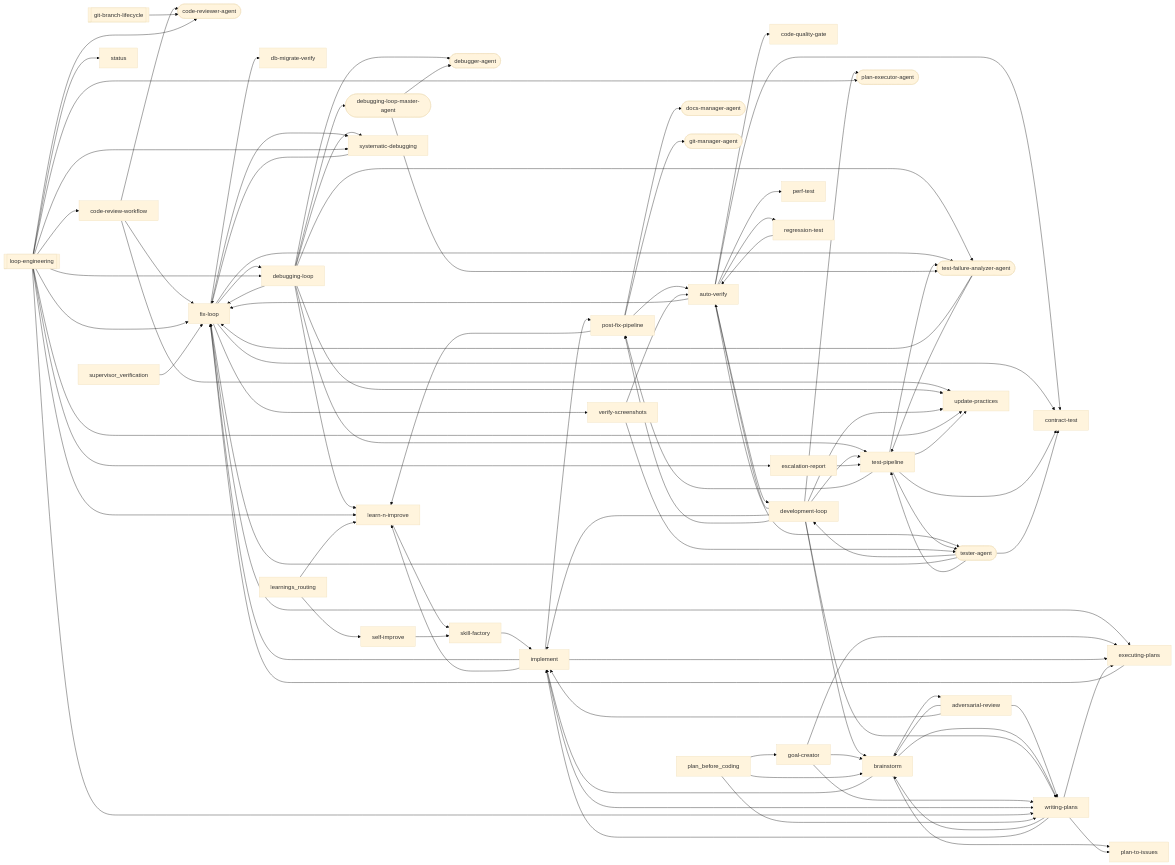
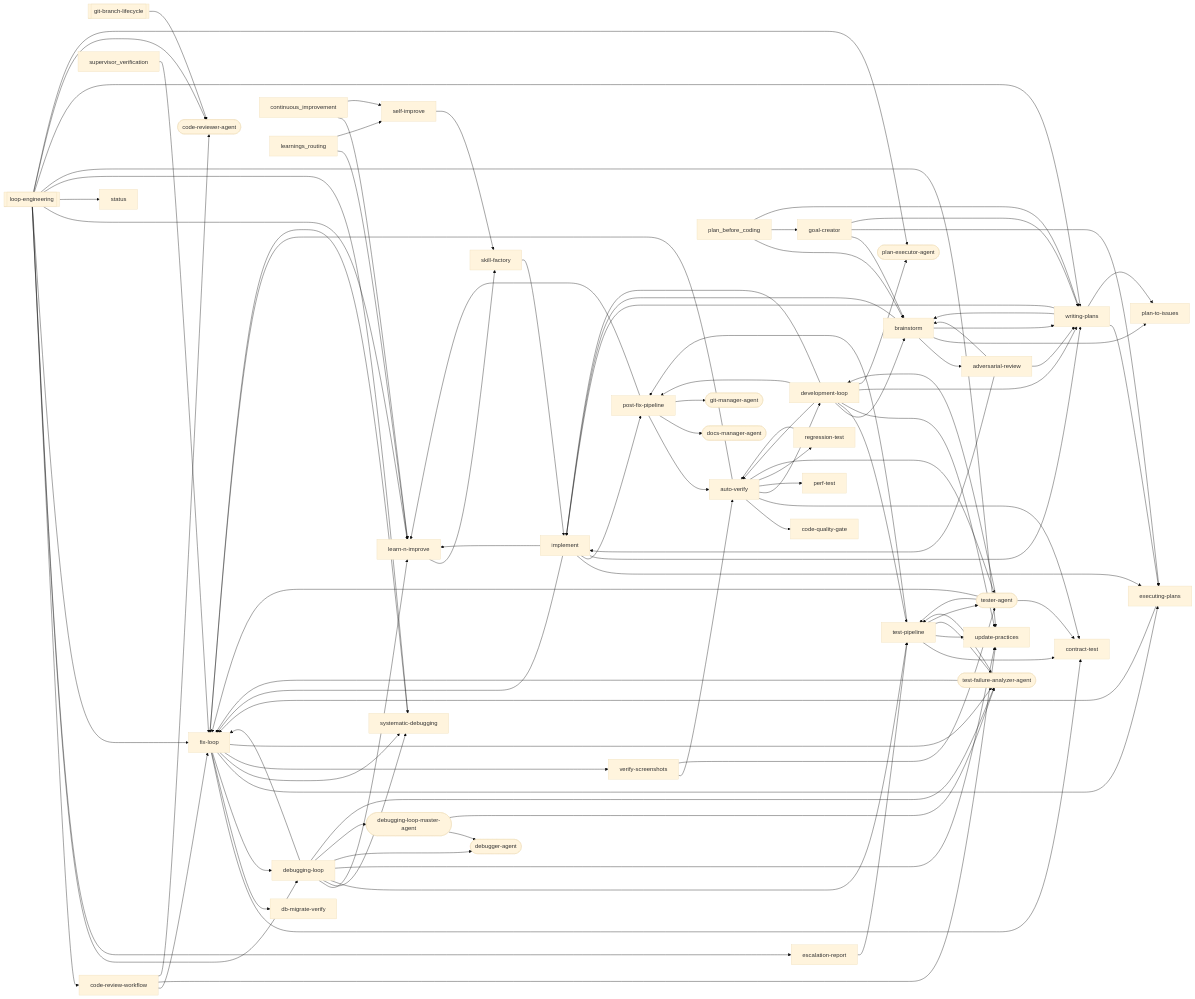
Before and after one commit to abhayla/claude-best-practices: the second of 30 diagrams in docs/workflows/loop-engineering.md, drawn with Mermaid (base theme). The commit also changed other lines of this file and 32 other files, not shown here.

```diff
--- a/docs/workflows/loop-engineering.md
+++ b/docs/workflows/loop-engineering.md
@@ -315,6 +318,8 @@
     tester_agent --> development_loop
     tester_agent --> fix_loop
     tester_agent --> test_pipeline
+    continuous_improvement --> learn_n_improve
+    continuous_improvement --> self_improve
     learnings_routing --> learn_n_improve
     learnings_routing --> self_improve
     plan_before_coding --> brainstorm
```
